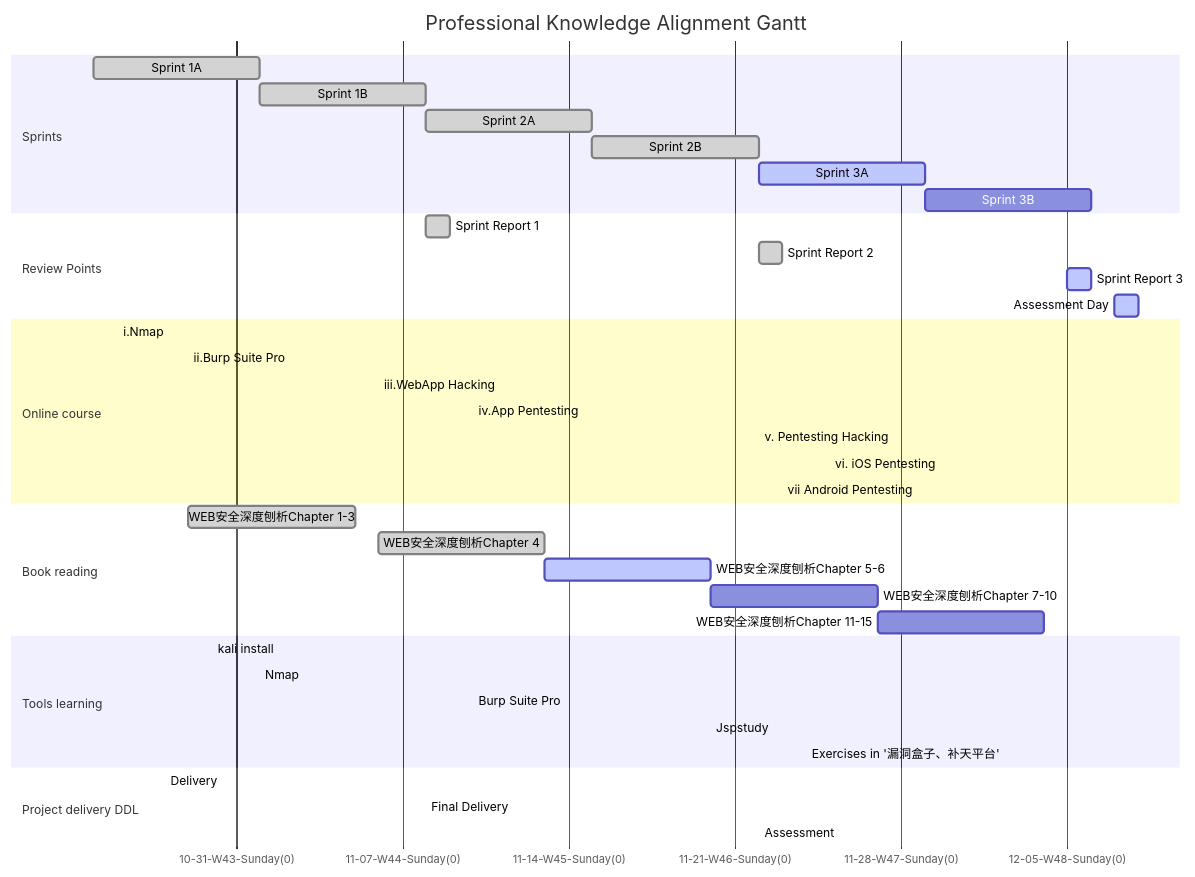
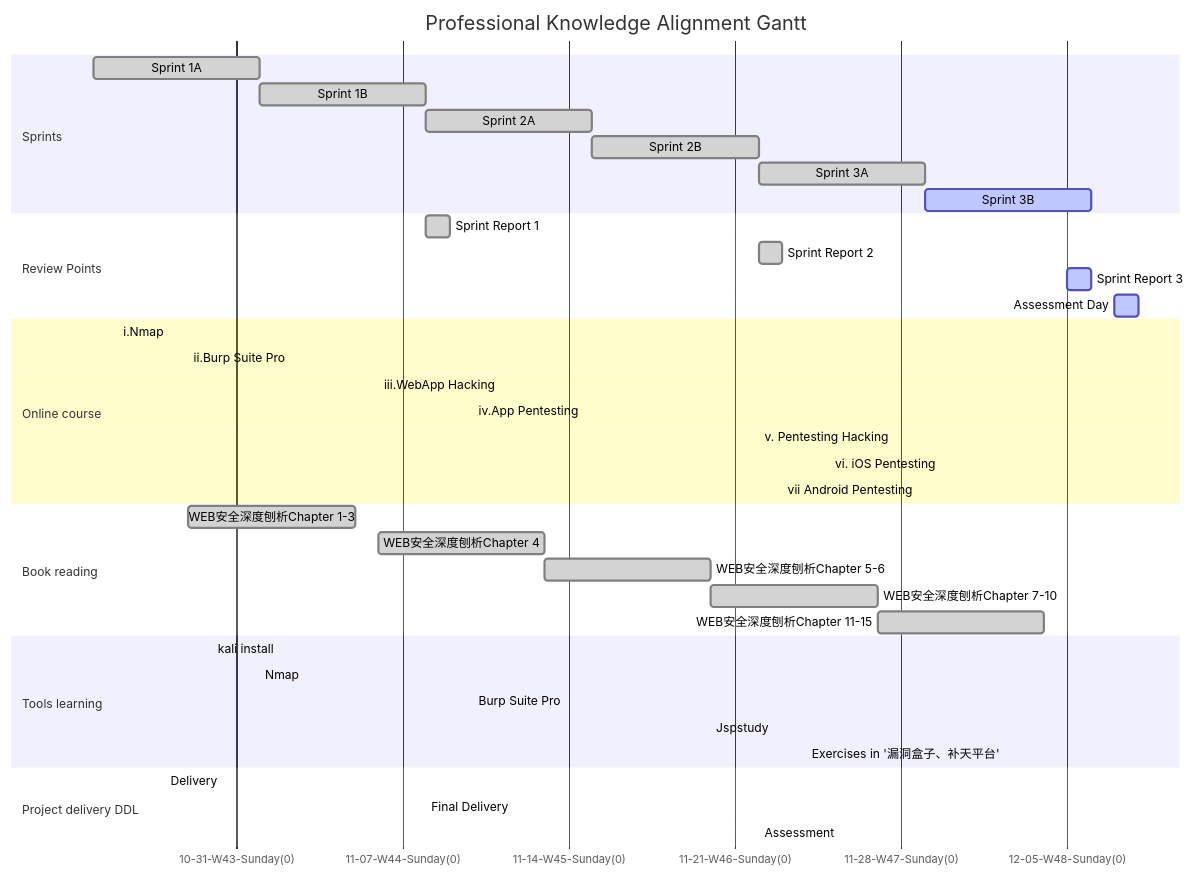
The second of 3 diagrams in learning.md (sorphwer/sorphwer.github.io), drawn with Mermaid before and after one commit. The commit also changed other lines of this file, not shown here.

Commit message:
update gantt 12 5

````diff
--- a/learning.md
+++ b/learning.md
@@ -76,49 +76,49 @@
 ```mermaid
 
 gantt
 
 title Professional Knowledge Alignment Gantt
 todayMarker stroke-width:2px,stroke:#00,opacity:0.8
 axisFormat  %m-%d-W%W-%A(%w)
 section Sprints
 Sprint 1A          :done,    des1, 2021-10-25,1w
 Sprint 1B          :done,    des1, 2021-11-1,1w
 Sprint 2A          :done,    des1, 2021-11-8,1w
 Sprint 2B          :done, 2021-11-15,1w
-Sprint 3A          :active, 2021-11-22,1w
-Sprint 3B          :    des1, 2021-11-29,1w
+Sprint 3A          :done, 2021-11-22,1w
+Sprint 3B          :active, 2021-11-29,1w
 section Review Points
 Sprint Report 1: done, 2021-11-8,1d
 Sprint Report 2: done, 2021-11-22,1d
 Sprint Report 3: active, 2021-12-5,1d
 Assessment Day:active, 2021-12-7,1d
 section Online course
 i.Nmap         : done,   oc1, 2021-10-26,2021-11-02
 ii.Burp Suite Pro:done,    oc2, 2021-10-29,2021-11-15
 iii.WebApp Hacking: done,oc3, 2021-11-6,2021-11-23
 iv.App Pentesting:done, 2021-11-10,2021-11-26
-v. Pentesting Hacking:active, 2021-11-22,2021-12-7
-vi. iOS Pentesting: active, 2021-11-25,2021-12-7
-vii Android Pentesting:active, 2021-11-23,2021-12-7
+v. Pentesting Hacking:done, 2021-11-22,2021-12-3
+vi. iOS Pentesting: done, 2021-11-25,2021-12-6
+vii Android Pentesting:done, 2021-11-23,2021-12-3
 
 section Book reading
 WEB安全深度刨析Chapter 1-3 :done , des1,2021-10-29,1w
 WEB安全深度刨析Chapter 4 : done,2021-11-6,1w
-WEB安全深度刨析Chapter 5-6 :active ,2021-11-13,1w
-WEB安全深度刨析Chapter 7-10 :active 2021-11-20,1w
-WEB安全深度刨析Chapter 11-15 : ,2021-11-27,1w
+WEB安全深度刨析Chapter 5-6 :done ,2021-11-13,1w
+WEB安全深度刨析Chapter 7-10 :done ,2021-11-20,1w
+WEB安全深度刨析Chapter 11-15 :done ,2021-11-27,1w
 section Tools learning
 kali install: done,2021-10-30,2021-11-02
 Nmap: done,2021-11-1,2021-11-015
 Burp Suite Pro: done,2021-11-10,2021-11-20
-Jspstudy: active,2021-11-20,2021-12-7
+Jspstudy: done,2021-11-20,2021-12-7
 Exercises in '漏洞盒子、补天平台': 2021-11-24,2021-12-7
 
 section Project delivery DDL
 Delivery:done, 2021-10-28,2021-11-02
 Final Delivery : done, 2021-11-8,2021-11-12
-Assessment: active, 2021-11-22,2021-11-30
+Assessment: active, 2021-11-22,2021-12-10
 
 
 
 ```
````
